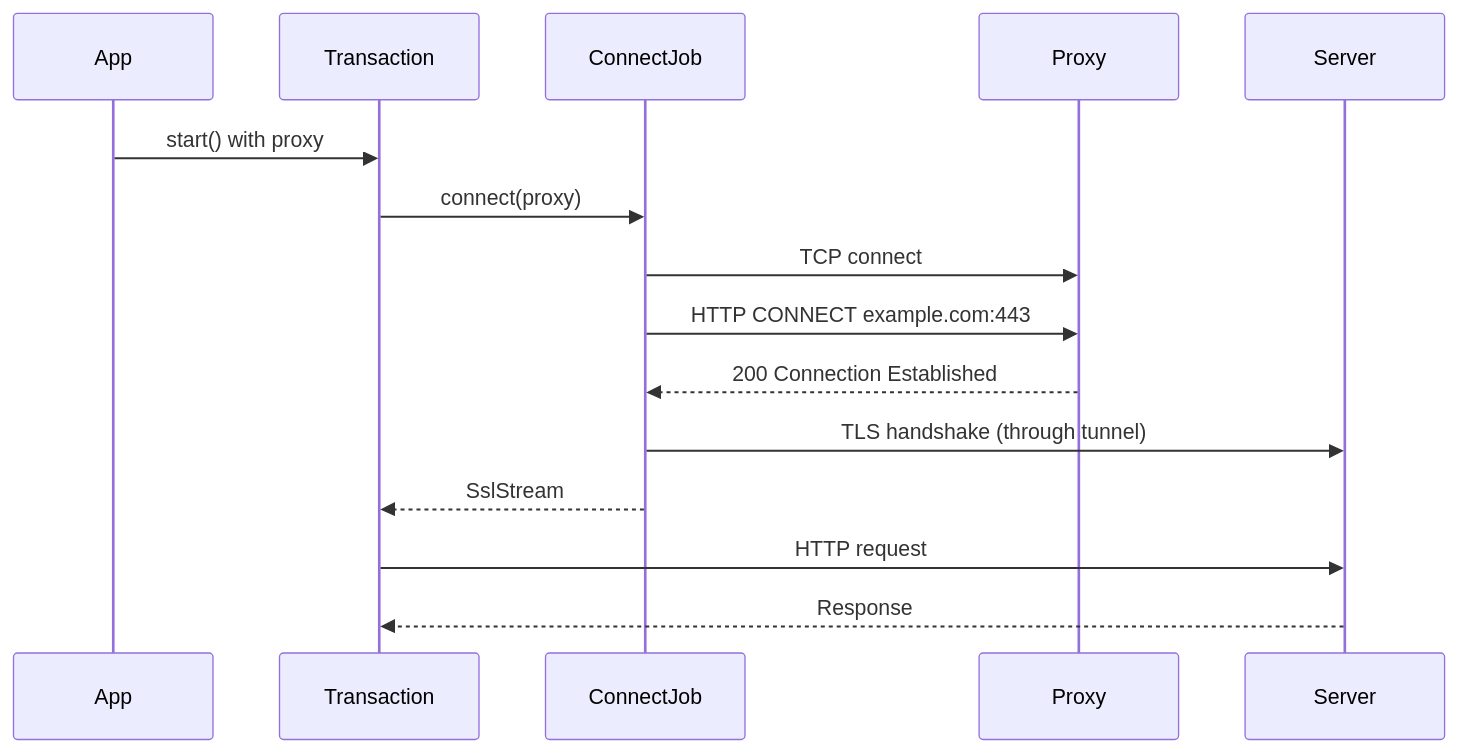
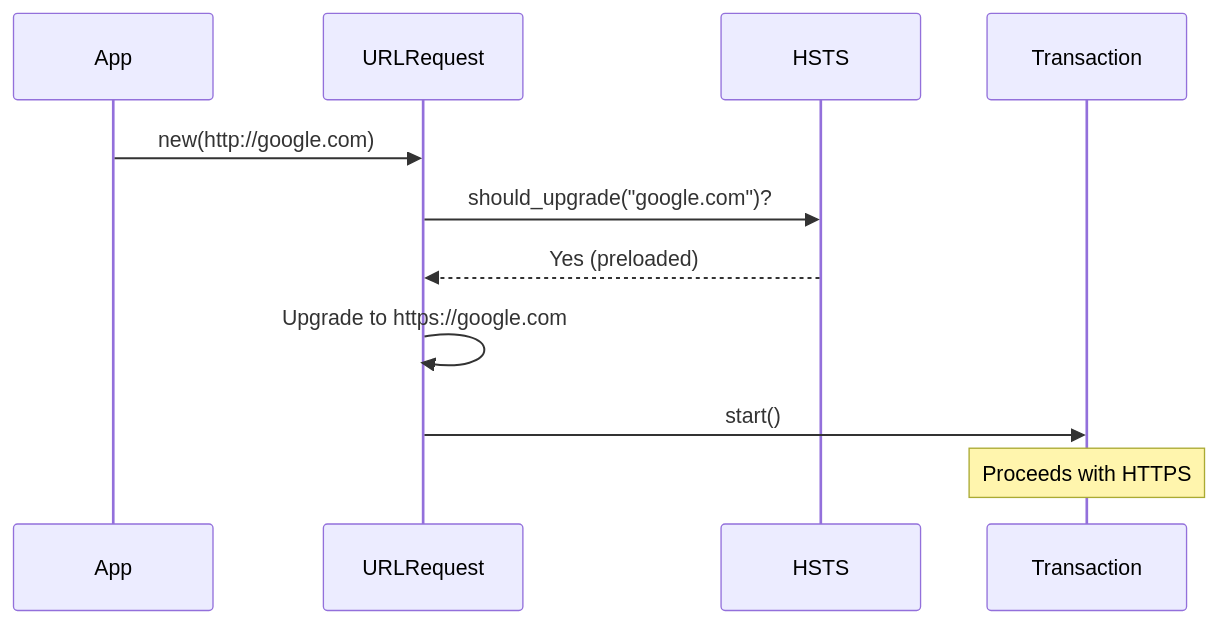
One commit to devanjumg70/gdlraw changed the third of 6 diagrams in chromenet/docs/codemap.md. Above: the diagram before and after it, drawn with Mermaid. The commit also changed other lines of this file and 5 other files, not shown here.

Commit message:
docs: Add TLS security documentation for HSTS, certificate pinning, and CT verification, and update architecture overview.

````diff
--- a/chromenet/docs/codemap.md
+++ b/chromenet/docs/codemap.md
@@ -85,18 +105,14 @@
 ```mermaid
 sequenceDiagram
     participant App
+    participant URLRequest
+    participant HSTS
     participant Transaction
-    participant ConnectJob
-    participant Proxy
-    participant Server
 
-    App->>Transaction: start() with proxy
-    Transaction->>ConnectJob: connect(proxy)
-    ConnectJob->>Proxy: TCP connect
-    ConnectJob->>Proxy: HTTP CONNECT example.com:443
-    Proxy-->>ConnectJob: 200 Connection Established
-    ConnectJob->>Server: TLS handshake (through tunnel)
-    ConnectJob-->>Transaction: SslStream
-    Transaction->>Server: HTTP request
-    Server-->>Transaction: Response
+    App->>URLRequest: new(http://google.com)
+    URLRequest->>HSTS: should_upgrade("google.com")?
+    HSTS-->>URLRequest: Yes (preloaded)
+    URLRequest->>URLRequest: Upgrade to https://google.com
+    URLRequest->>Transaction: start()
+    Note over Transaction: Proceeds with HTTPS
 ```
````
